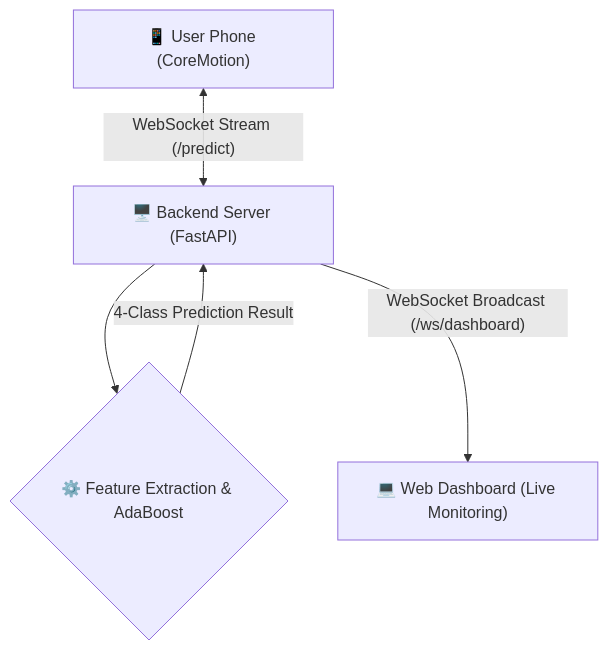
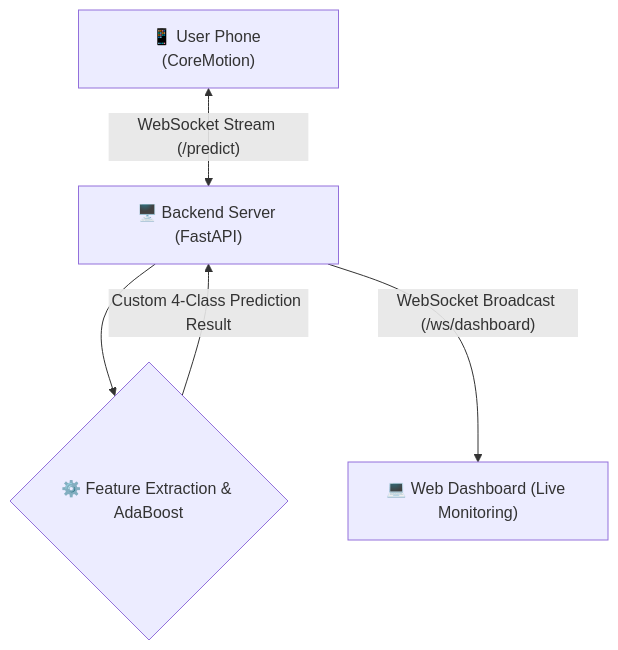
One commit to sulabhkatila/Smartphone-Placement-Recognition changed the diagram in README.md. Above: the diagram before and after it, drawn with Mermaid. The commit also changed other lines of this file, not shown here.

````diff
--- a/README.md
+++ b/README.md
@@ -25,7 +29,7 @@
 ```mermaid
 flowchart TD
     Phone["📱 User Phone (CoreMotion)"] <-->|"WebSocket Stream (/predict)"| Server["🖥️ Backend Server (FastAPI)"]
     Server --> Processing{"⚙️ Feature Extraction & AdaBoost"}
-    Processing -->|"4-Class Prediction Result"| Server
+    Processing -->|"Custom 4-Class Prediction Result"| Server
     Server -->|"WebSocket Broadcast (/ws/dashboard)"| Dashboard["💻 Web Dashboard (Live Monitoring)"]
 ```
````
